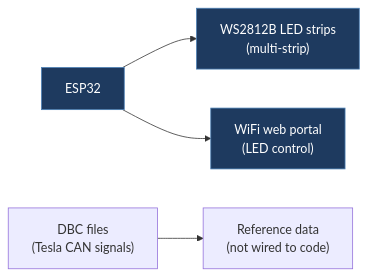
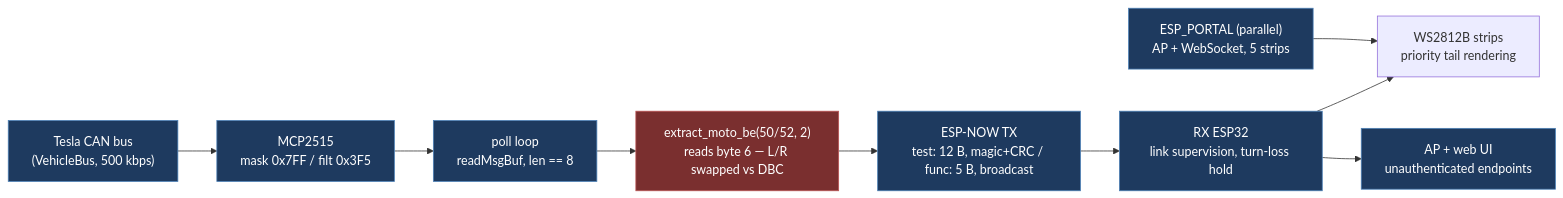
The first of 3 diagrams in docs/legacy/honeer-Tesla-ESP-CAN.md (babico/TeslaCANModder), drawn with Mermaid before and after one commit. The commit also changed other lines of this file and 99 other files, not shown here.

````diff
--- a/docs/legacy/honeer-Tesla-ESP-CAN.md
+++ b/docs/legacy/honeer-Tesla-ESP-CAN.md
@@ -26,8 +114,15 @@
 ```mermaid
 flowchart LR
-    ESP32["ESP32"] --> LED["WS2812B LED strips<br/>(multi-strip)"]
-    ESP32 --> Portal["WiFi web portal<br/>(LED control)"]
-    DBC["DBC files<br/>(Tesla CAN signals)"] --> Ref["Reference data<br/>(not wired to code)"]
+    Bus["Tesla CAN bus<br/>(VehicleBus, 500 kbps)"] --> MCP["MCP2515<br/>mask 0x7FF / filt 0x3F5"]
+    MCP --> Poll["poll loop<br/>readMsgBuf, len == 8"]
+    Poll --> Decode["extract_moto_be(50/52, 2)<br/>reads byte 6 — L/R swapped vs DBC"]
+    Decode --> Pkt["ESP-NOW TX<br/>test: 12 B, magic+CRC / func: 5 B, broadcast"]
+    Pkt --> RX["RX ESP32<br/>link supervision, turn-loss hold"]
+    RX --> LEDs["WS2812B strips<br/>priority tail rendering"]
+    RX --> Web["AP + web UI<br/>unauthenticated endpoints"]
+    Portal["ESP_PORTAL (parallel)<br/>AP + WebSocket, 5 strips"] --> LEDs
     classDef path fill:#1e3a5f,stroke:#4a7fb5,color:#fff
-    class ESP32,LED,Portal path
+    classDef warn fill:#7a2f2f,stroke:#b55,color:#fff
+    class Bus,MCP,Poll,Pkt,RX,Web,Portal path
+    class Decode warn
 ```
````
